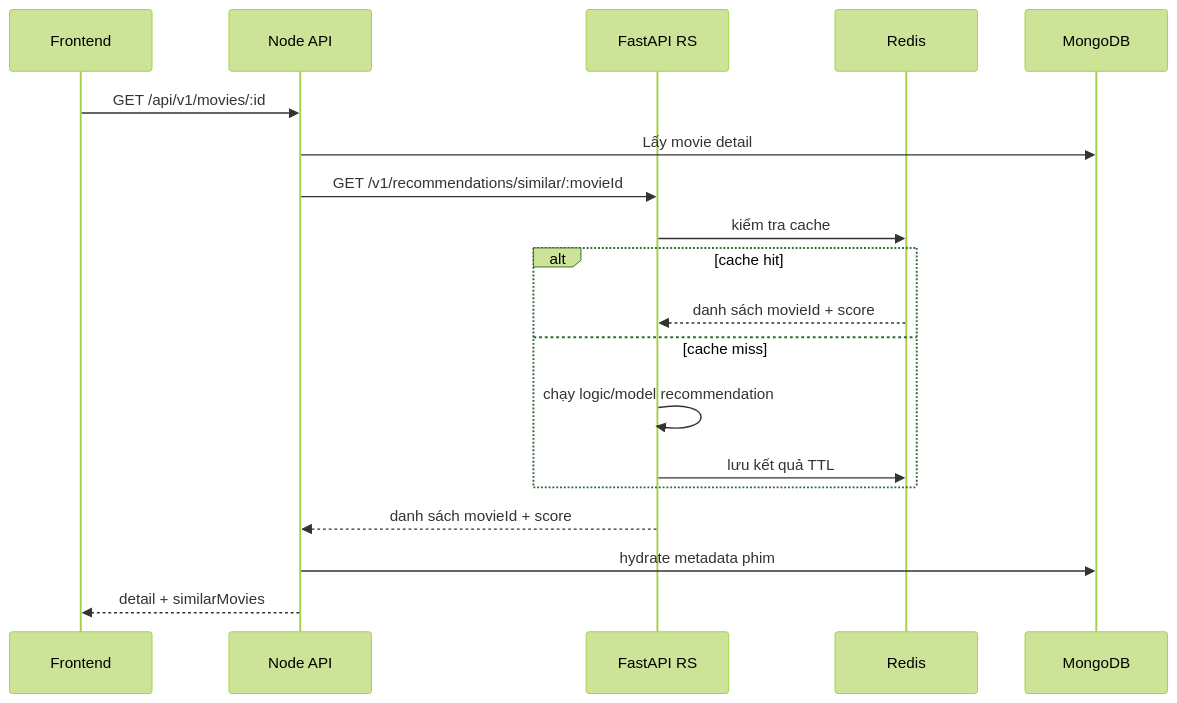
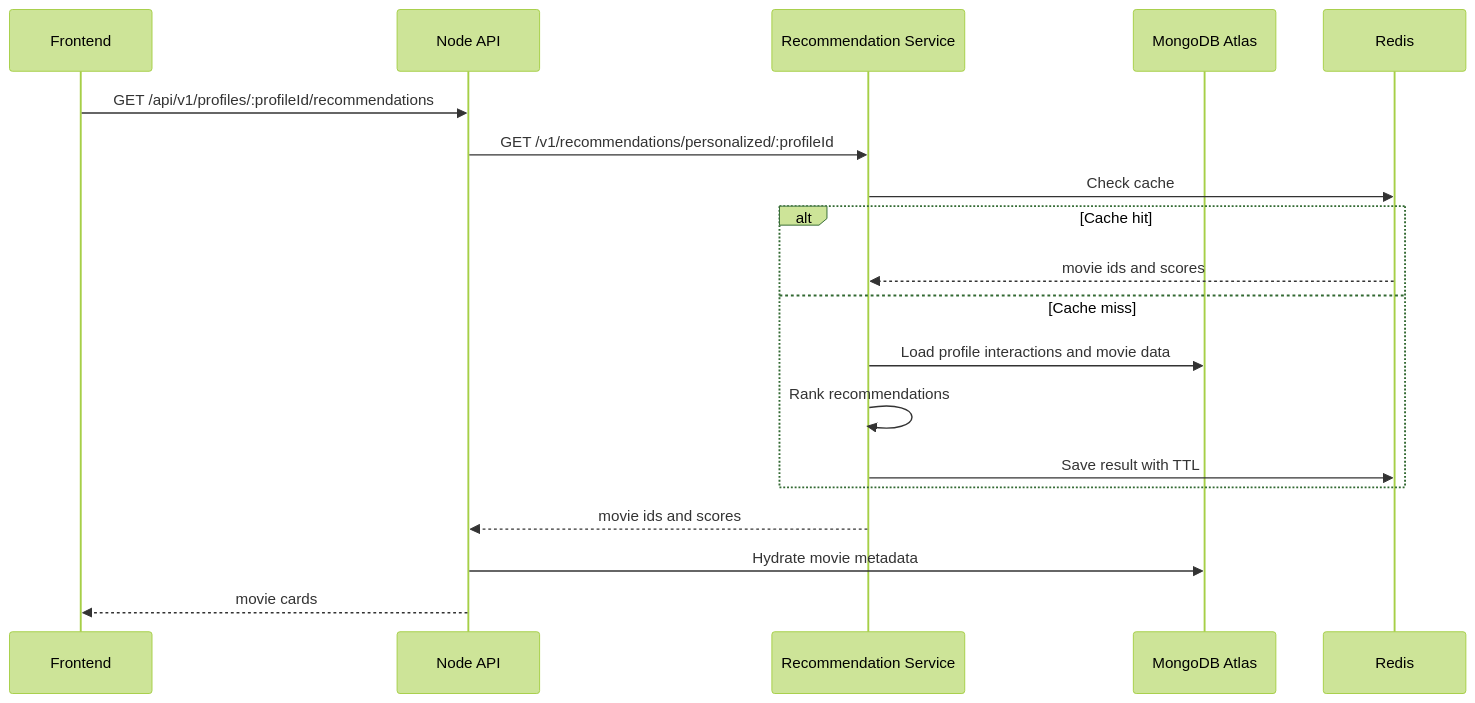
Before and after one commit to LeGiaNam/Developing-an-Intelligent-Movie-Recommendation-System-: the second of 2 diagrams in BE/docs/architecture.md, drawn with Mermaid (forest theme). The commit also changed other lines of this file and 53 other files, not shown here.

````diff
--- a/BE/docs/architecture.md
+++ b/BE/docs/architecture.md
@@ -52,22 +50,22 @@
 ```mermaid
 sequenceDiagram
     participant FE as Frontend
     participant API as Node API
-    participant RS as FastAPI RS
+    participant RS as Recommendation Service
+    participant DB as MongoDB Atlas
     participant REDIS as Redis
-    participant DB as MongoDB
 
-    FE->>API: GET /api/v1/movies/:id
-    API->>DB: Lấy movie detail
-    API->>RS: GET /v1/recommendations/similar/:movieId
-    RS->>REDIS: kiểm tra cache
-    alt cache hit
-        REDIS-->>RS: danh sách movieId + score
-    else cache miss
-        RS->>RS: chạy logic/model recommendation
-        RS->>REDIS: lưu kết quả TTL
+    FE->>API: GET /api/v1/profiles/:profileId/recommendations
+    API->>RS: GET /v1/recommendations/personalized/:profileId
+    RS->>REDIS: Check cache
+    alt Cache hit
+        REDIS-->>RS: movie ids and scores
+    else Cache miss
+        RS->>DB: Load profile interactions and movie data
+        RS->>RS: Rank recommendations
+        RS->>REDIS: Save result with TTL
     end
-    RS-->>API: danh sách movieId + score
-    API->>DB: hydrate metadata phim
-    API-->>FE: detail + similarMovies
+    RS-->>API: movie ids and scores
+    API->>DB: Hydrate movie metadata
+    API-->>FE: movie cards
 ```
````
